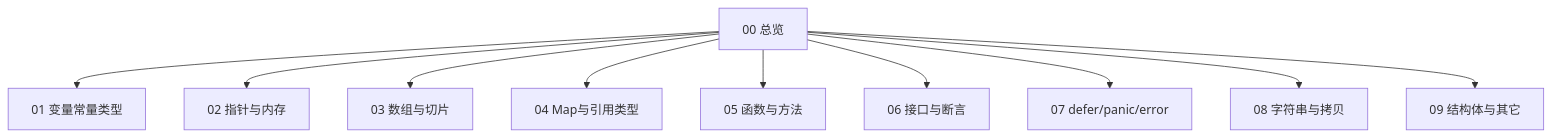
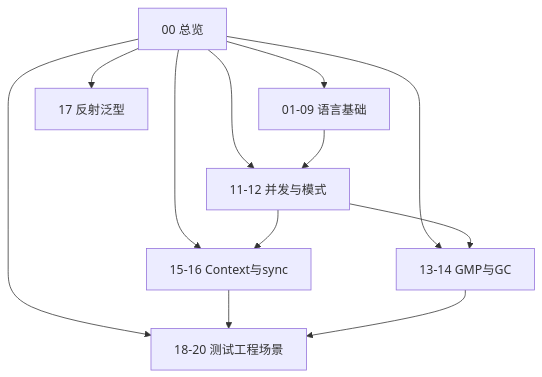
Before and after one commit to heathcetide/heathcetide-knowledge: the diagram in 八股/Go基础/00-知识总览.md, drawn with Mermaid. The commit also changed other lines of this file and 26 other files, not shown here.

````diff
--- a/八股/Go基础/00-知识总览.md
+++ b/八股/Go基础/00-知识总览.md
@@ -8,12 +12,14 @@
 ```mermaid
 flowchart TB
-  O["00 总览"] --> A["01 变量常量类型"]
-  O --> B["02 指针与内存"]
-  O --> C["03 数组与切片"]
-  O --> D["04 Map与引用类型"]
-  O --> E["05 函数与方法"]
-  O --> F["06 接口与断言"]
-  O --> G["07 defer/panic/error"]
-  O --> H["08 字符串与拷贝"]
-  O --> I["09 结构体与其它"]
+  O["00 总览"] --> A["01-09 语言基础"]
+  O --> B["11-12 并发与模式"]
+  O --> C["13-14 GMP与GC"]
+  O --> D["15-16 Context与sync"]
+  O --> E["17 反射泛型"]
+  O --> F["18-20 测试工程场景"]
+  A --> B
+  B --> C
+  B --> D
+  D --> F
+  C --> F
 ```
````
